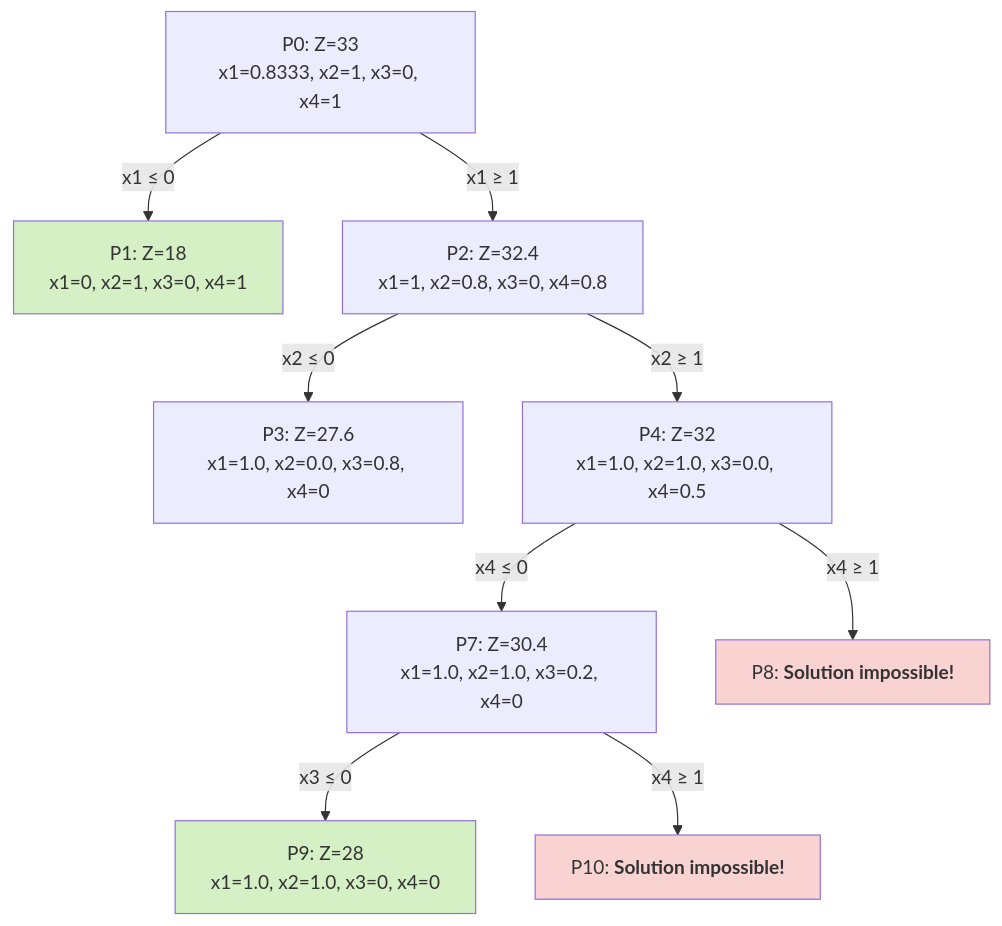
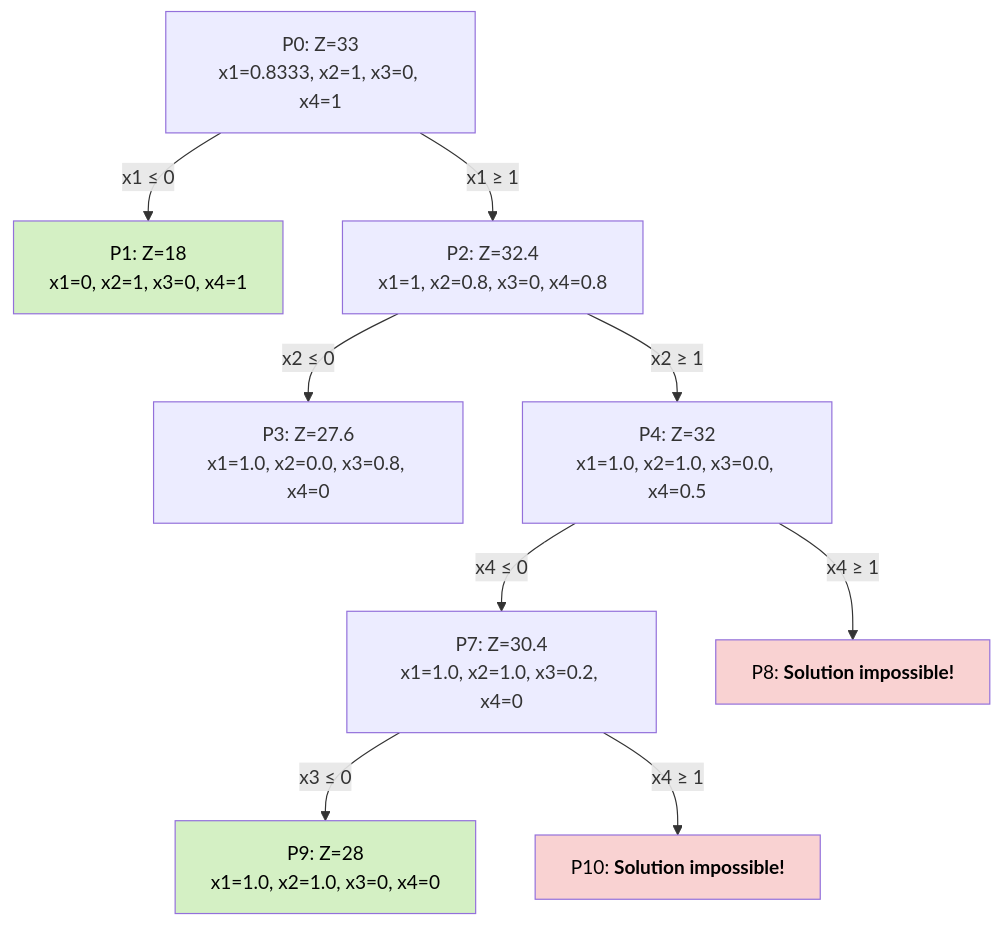
One commit to juannytto/optimisation changed the diagram in README.md. Above: the diagram before and after it, drawn with Mermaid. The commit also changed other lines of this file, not shown here.

````diff
--- a/README.md
+++ b/README.md
@@ -4,26 +5,26 @@
 ```mermaid
 graph TD
     P0["P0: Z=33<br>x1=0.8333, x2=1, x3=0, x4=1"] 
     P1["P1: Z=18<br>x1=0, x2=1, x3=0, x4=1<br>"] 
     P2["P2: Z=32.4<br>x1=1, x2=0.8, x3=0, x4=0.8"]
     P3["P3: Z=27.6<br>x1=1.0, x2=0.0, x3=0.8, x4=0<br>"] 
     P4["P4: Z=32<br>x1=1.0, x2=1.0, x3=0.0, x4=0.5<br>"]
     P7["P7: Z=30.4<br>x1=1.0, x2=1.0, x3=0.2, x4=0<br>"]
     P8["P8: <b>Solution impossible!</b>"]
     P9["P9: Z=28<br>x1=1.0, x2=1.0, x3=0, x4=0<br>"]
     P10["P10: <b>Solution impossible!</b>"]
     
     P0 -->|x1 ≤ 0| P1
     P0 -->|x1 ≥ 1| P2
     P2 -->|x2 ≤ 0| P3
     P2 -->|x2 ≥ 1| P4
     P4 -->|x4 ≤ 0| P7
     P4 -->|x4 ≥ 1| P8
     P7 -->|x3 ≤ 0| P9
     P7 -->|x4 ≥ 1| P10
     
-    style P1 fill:#d4f0c4
-    style P9 fill:#d4f0c4
-    style P8 fill:#f9d2d2
-    style P10 fill:#f9d2d2
+    style P1 fill:#d4f0c4, color:black
+    style P9 fill:#d4f0c4, color:black
+    style P8 fill:#f9d2d2, color:black
+    style P10 fill:#f9d2d2, color:black
 ```
````
